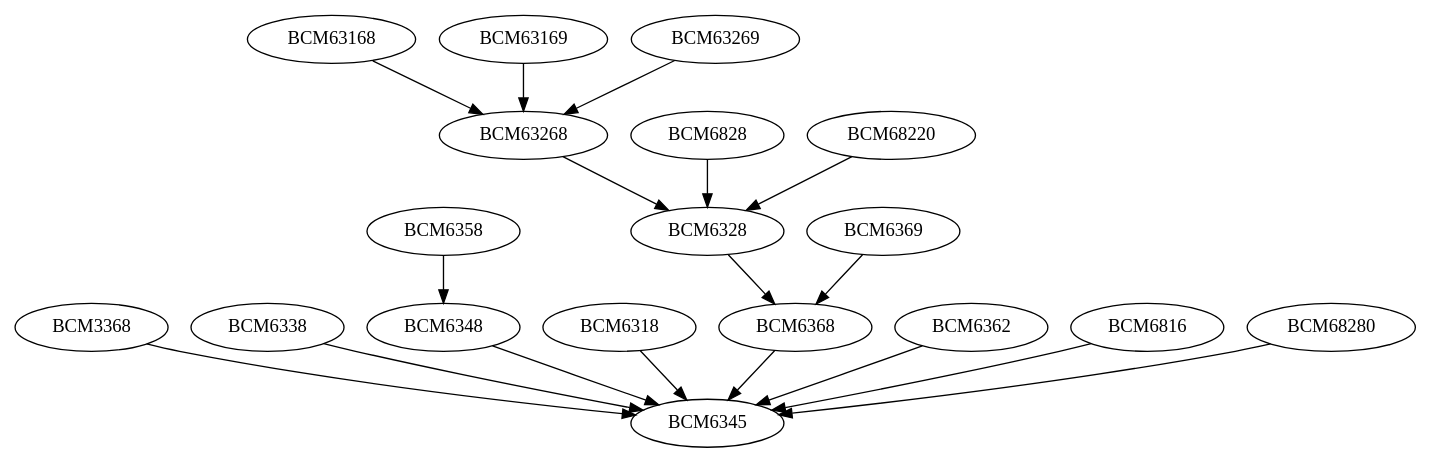
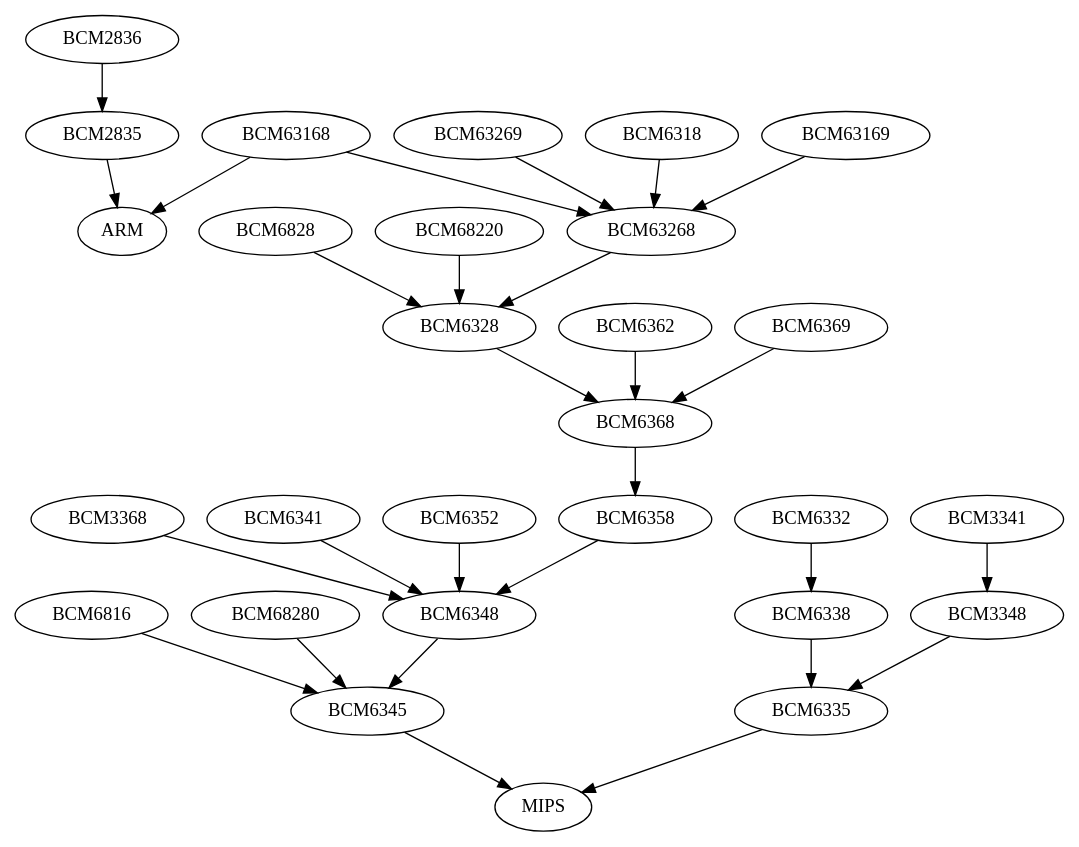
The diagram in bcm.dot (lp0/bcm), drawn with Graphviz before and after one commit. The commit also changed 1 other file, not shown here.

Commit message:
add more MIPS/ARM devices

```diff
--- a/bcm.dot
+++ b/bcm.dot
@@ -1,31 +1,39 @@
 digraph bcm {
-	BCM3368 -> BCM6345;
+	BCM2836 -> BCM2835 -> ARM;
 
-	BCM6338 -> BCM6345;
+	BCM3368 -> BCM6348;
 
-	BCM6348 -> BCM6345;
+	BCM3341 -> BCM3348 -> BCM6335 -> MIPS;
 
-	BCM6318 -> BCM6345;
+	BCM6341 -> BCM6348 -> BCM6345 -> MIPS;
 
-	BCM6328 -> BCM6368;
+	BCM63168 -> ARM;
+
+	BCM6318 -> BCM63268
 
 	BCM63268 -> BCM6328;
 	BCM63168 -> BCM63268;
 	BCM63169 -> BCM63268;
 	BCM63269 -> BCM63268;
 
+	BCM6328 -> BCM6368;
+
+	BCM6332 -> BCM6338 -> BCM6335;
+
+	BCM6352 -> BCM6348;
+
 	BCM6358 -> BCM6348;
 
-	BCM6362 -> BCM6345;
+	BCM6362 -> BCM6368;
 
-	BCM6368 -> BCM6345;
+	BCM6368 -> BCM6358;
 	BCM6369 -> BCM6368;
 
 	BCM6816 -> BCM6345;
 
 	BCM6828 -> BCM6328;
 
 	BCM68220 -> BCM6328;
 
 	BCM68280 -> BCM6345;
 }
```
